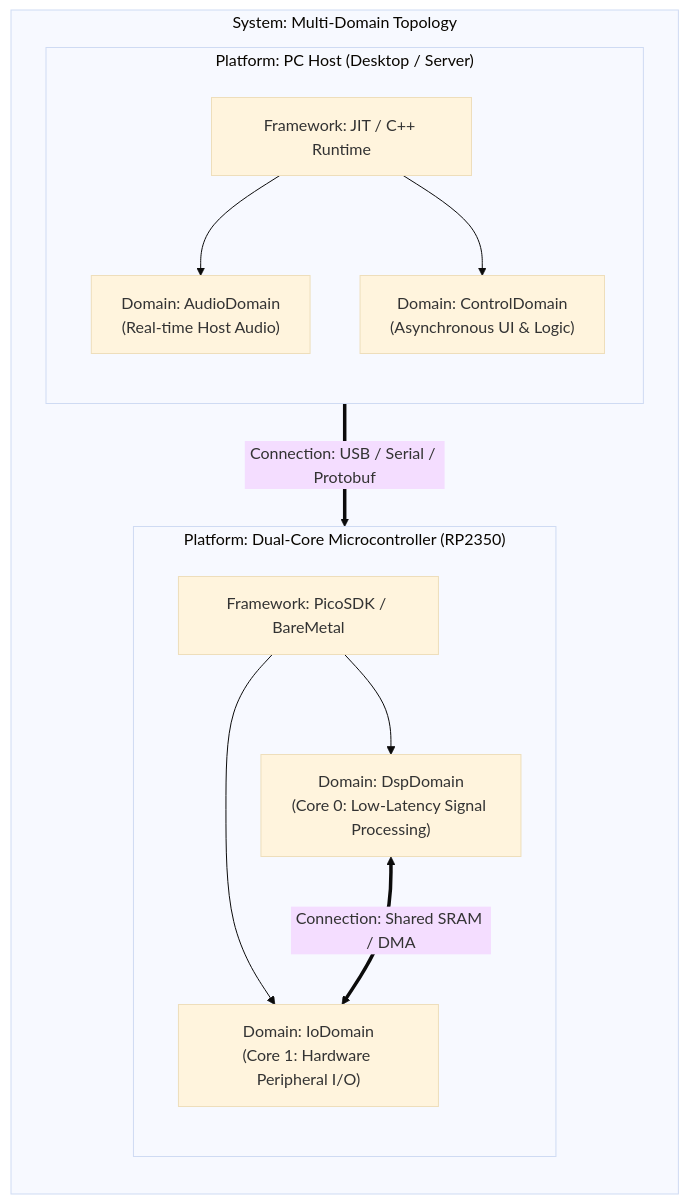
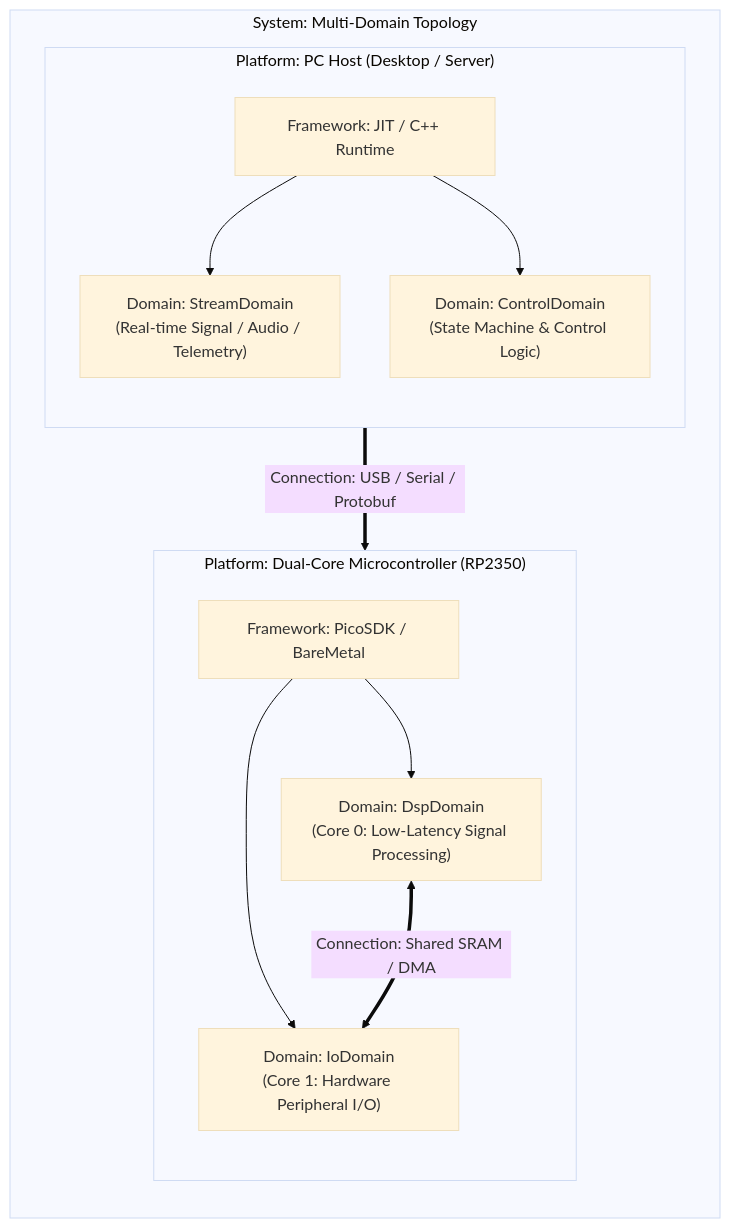
The diagram in docs/learn/systems-and-domains.md (StrideLang/stridedoc), drawn with Mermaid (base theme) before and after one commit. The commit also changed other lines of this file and 8 other files, not shown here.

````diff
--- a/docs/learn/systems-and-domains.md
+++ b/docs/learn/systems-and-domains.md
@@ -5,29 +5,29 @@
 ```mermaid
 flowchart TD
     subgraph System["System: Multi-Domain Topology"]
         direction TB
 
         subgraph Host["Platform: PC Host (Desktop / Server)"]
             direction TB
             FrameworkHost["Framework: JIT / C++ Runtime"]
-            DomAudio["Domain: AudioDomain<br/>(Real-time Host Audio)"]
-            DomControl["Domain: ControlDomain<br/>(Asynchronous UI & Logic)"]
+            DomStream["Domain: StreamDomain<br/>(Real-time Signal / Audio / Telemetry)"]
+            DomControl["Domain: ControlDomain<br/>(State Machine & Control Logic)"]
 
-            FrameworkHost --> DomAudio
+            FrameworkHost --> DomStream
             FrameworkHost --> DomControl
         end
 
         subgraph MCU["Platform: Dual-Core Microcontroller (RP2350)"]
             direction TB
             FrameworkMCU["Framework: PicoSDK / BareMetal"]
             DomDSP["Domain: DspDomain<br/>(Core 0: Low-Latency Signal Processing)"]
             DomIO["Domain: IoDomain<br/>(Core 1: Hardware Peripheral I/O)"]
 
             FrameworkMCU --> DomDSP
             FrameworkMCU --> DomIO
             DomDSP <==>|Connection: Shared SRAM / DMA| DomIO
         end
 
         DomControl ==>|Connection: USB / Serial / Protobuf| FrameworkMCU
     end
 ```
````
